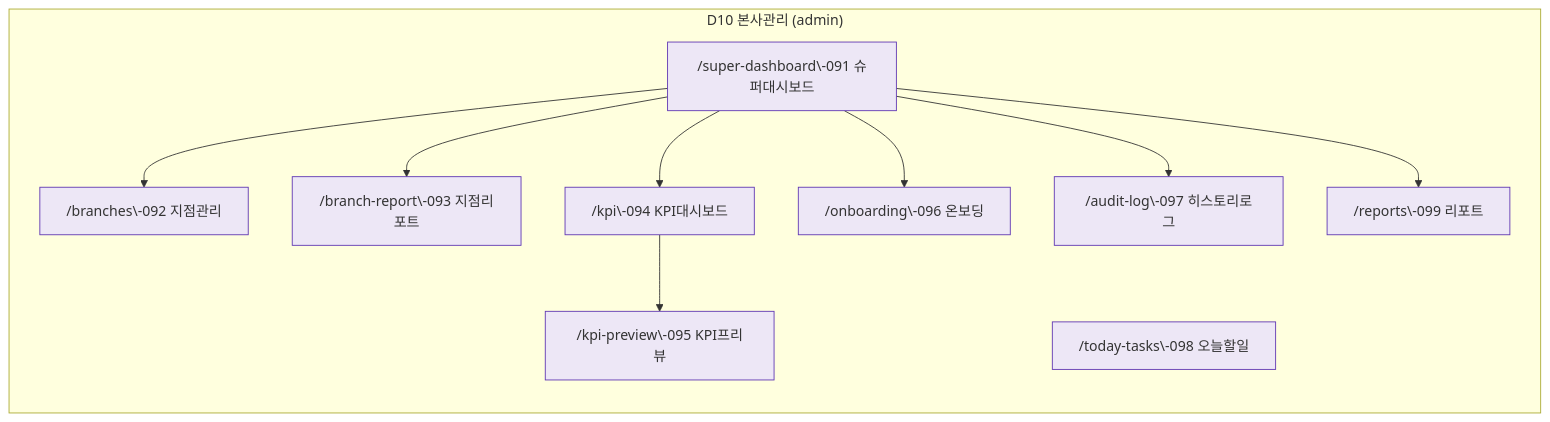
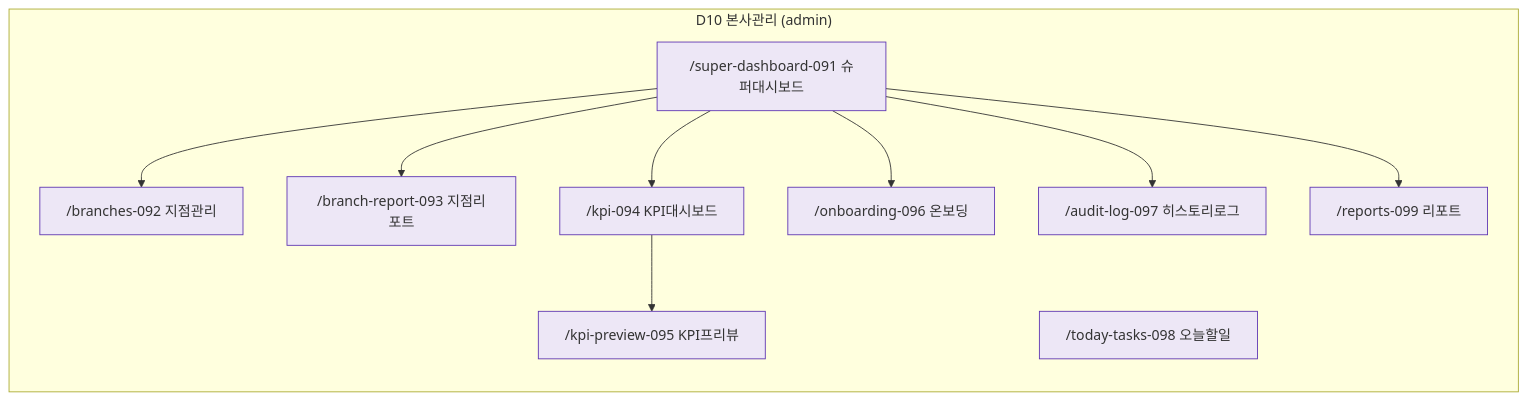
The second of 11 diagrams in docs/admin/다이어그램/00_사이트맵/N2_도메인별_사이트맵.md (dev-spogym/admin-pando), drawn with Mermaid before and after one commit. The commit also changed other lines of this file and 369 other files, not shown here.

````diff
--- a/docs/admin/다이어그램/00_사이트맵/N2_도메인별_사이트맵.md
+++ b/docs/admin/다이어그램/00_사이트맵/N2_도메인별_사이트맵.md
@@ -32,25 +32,25 @@
 ```mermaid
 flowchart LR
     subgraph D10["D10 본사관리 (admin)"]
-        SCR091["/super-dashboard\-091 슈퍼대시보드"]
-        SCR092["/branches\-092 지점관리"]
-        SCR093["/branch-report\-093 지점리포트"]
-        SCR094["/kpi\-094 KPI대시보드"]
-        SCR095["/kpi-preview\-095 KPI프리뷰"]
-        SCR096["/onboarding\-096 온보딩"]
-        SCR097["/audit-log\-097 히스토리로그"]
-        SCR098["/today-tasks\-098 오늘할일"]
-        SCR099["/reports\-099 리포트"]
+        SCR091["/super-dashboard-091 슈퍼대시보드"]
+        SCR092["/branches-092 지점관리"]
+        SCR093["/branch-report-093 지점리포트"]
+        SCR094["/kpi-094 KPI대시보드"]
+        SCR095["/kpi-preview-095 KPI프리뷰"]
+        SCR096["/onboarding-096 온보딩"]
+        SCR097["/audit-log-097 히스토리로그"]
+        SCR098["/today-tasks-098 오늘할일"]
+        SCR099["/reports-099 리포트"]
     end
 
     SCR091 --> SCR092
     SCR091 --> SCR093
     SCR091 --> SCR094
     SCR094 --> SCR095
     SCR091 --> SCR096
     SCR091 --> SCR097
     SCR091 --> SCR099
 
     classDef system fill:#EDE7F6,stroke:#5E35B2
     class SCR091,SCR092,SCR093,SCR094,SCR095,SCR096,SCR097,SCR098,SCR099 system
 ```
````
